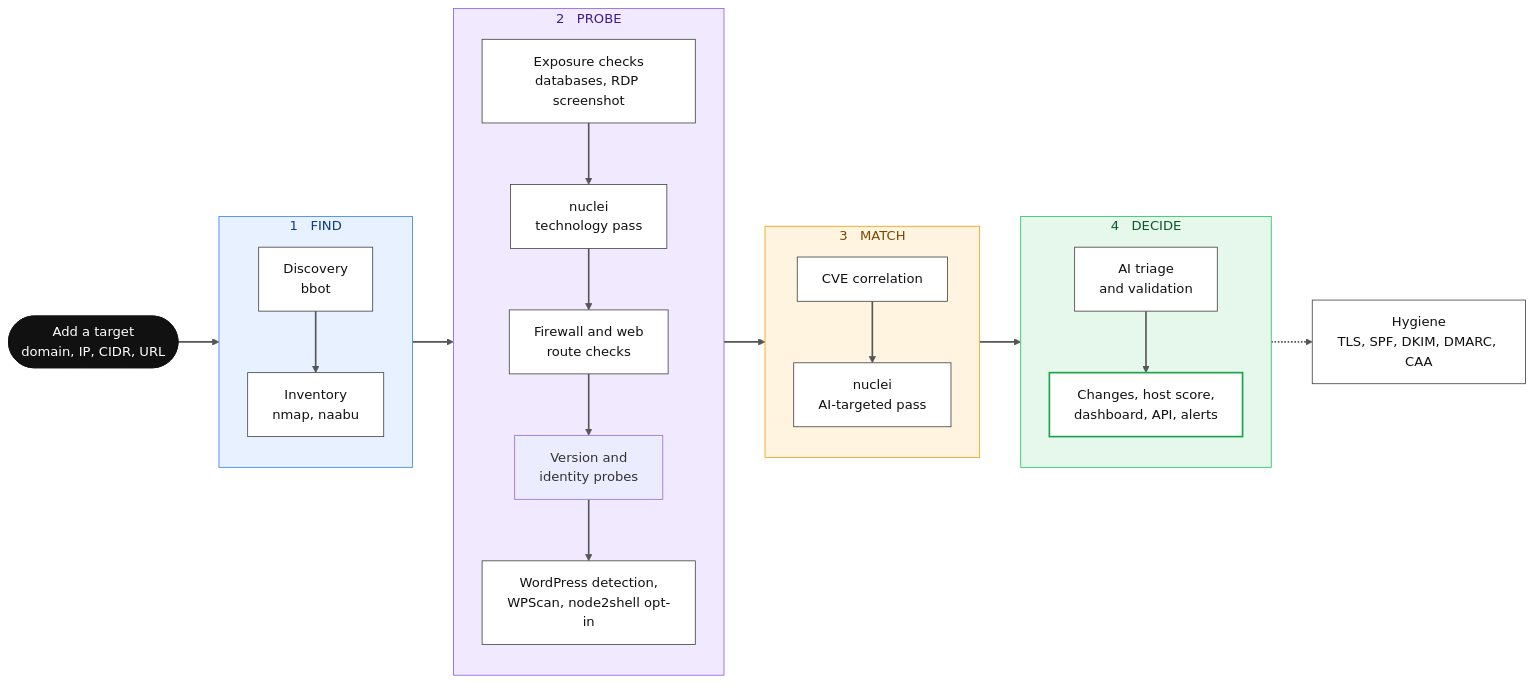
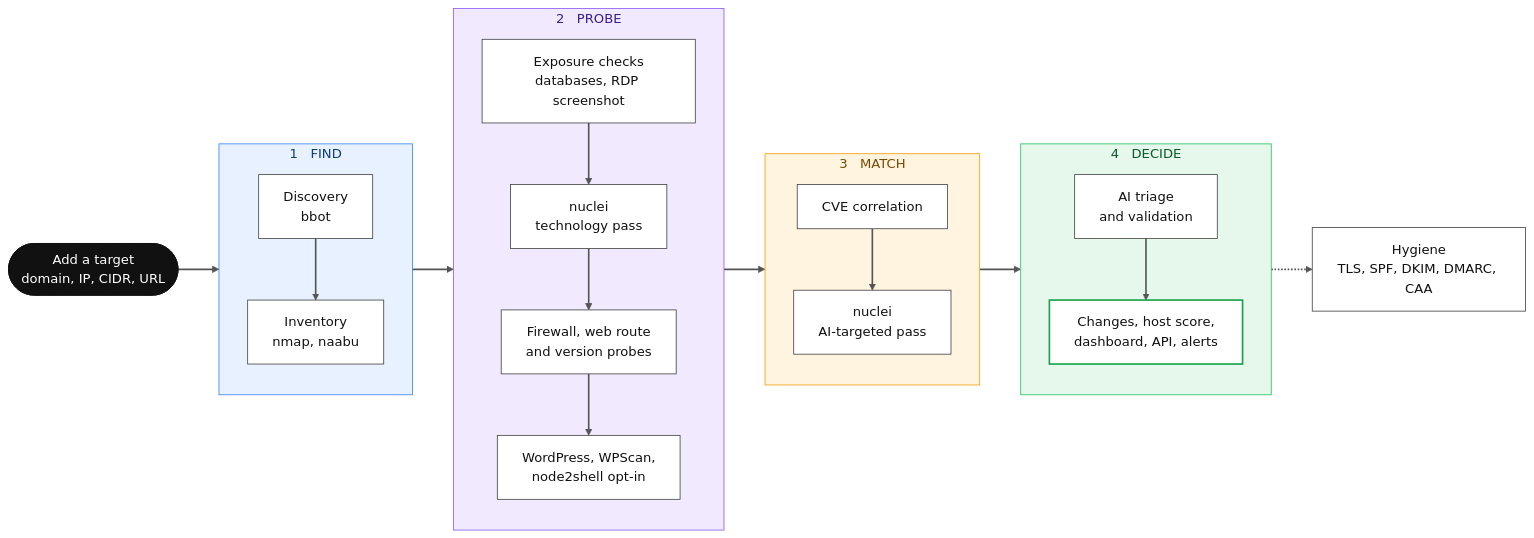
The diagram in README.md (hevnsnt/CVEngine), drawn with Mermaid before and after one commit. The commit also changed other lines of this file and 23 other files, not shown here.

````diff
--- a/README.md
+++ b/README.md
@@ -62,43 +79,43 @@
 ```mermaid
 flowchart LR
     T(["Add a target<br/>domain, IP, CIDR, URL"])
 
     subgraph FIND["1 &nbsp; FIND"]
         direction TB
         D["Discovery<br/>bbot"] --> I["Inventory<br/>nmap, naabu"]
     end
 
     subgraph PROBE["2 &nbsp; PROBE"]
         direction TB
-        X["Exposure checks<br/>databases, RDP screenshot"] --> N1["nuclei<br/>technology pass"] --> R["Firewall and web<br/>route checks"] --> V["Version and<br/>identity probes"] --> W["WordPress detection,<br/>WPScan, node2shell opt-in"]
+        X["Exposure checks<br/>databases, RDP screenshot"] --> N1["nuclei<br/>technology pass"] --> R["Firewall, web route<br/>and version probes"] --> W["WordPress, WPScan,<br/>node2shell opt-in"]
     end
 
     subgraph MATCH["3 &nbsp; MATCH"]
         direction TB
         C["CVE correlation"] --> N2["nuclei<br/>AI-targeted pass"]
     end
 
     subgraph DECIDE["4 &nbsp; DECIDE"]
         direction TB
         A["AI triage<br/>and validation"] --> O["Changes, host score,<br/>dashboard, API, alerts"]
     end
 
     H["Hygiene<br/>TLS, SPF, DKIM, DMARC, CAA"]
 
     T --> FIND --> PROBE --> MATCH --> DECIDE
     DECIDE -.-> H
 
     style FIND fill:#e8f1ff,stroke:#3b82f6,color:#0b3b8c
     style PROBE fill:#f1eaff,stroke:#8b5cf6,color:#3b1d8c
     style MATCH fill:#fff4e0,stroke:#f59e0b,color:#7a4a00
     style DECIDE fill:#e6f7ec,stroke:#22c55e,color:#0b5a2a
     linkStyle default stroke:#555,stroke-width:2px
 
     classDef start fill:#111,stroke:#111,color:#fff
     classDef step fill:#fff,stroke:#444,color:#111
     classDef out fill:#fff,stroke:#16a34a,stroke-width:2px,color:#111
     class T start
     class D,I,X,N1,R,W,C,N2,A step
     class O out
     class H step
 ```
````
